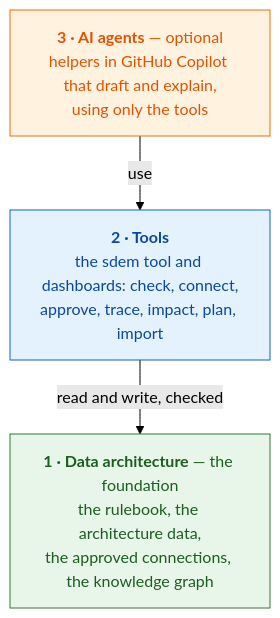
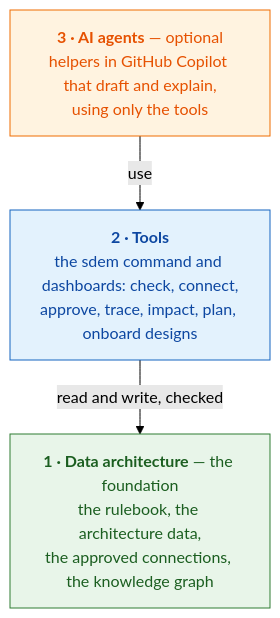
One commit to taumoeps/bian-sdem-framework changed the second of 9 diagrams in README.md. Above: the diagram before and after it, drawn with Mermaid (forest theme). The commit also changed other lines of this file and 26 other files, not shown here.

````diff
--- a/README.md
+++ b/README.md
@@ -53,14 +42,14 @@
 ```mermaid
 flowchart TB
     L3["<b>3 · AI agents</b> — optional<br/>helpers in GitHub Copilot that draft and explain,<br/>using only the tools"]
-    L2["<b>2 · Tools</b><br/>the sdem tool and dashboards: check, connect,<br/>approve, trace, impact, plan, import"]
+    L2["<b>2 · Tools</b><br/>the sdem command and dashboards: check, connect,<br/>approve, trace, impact, plan, onboard designs"]
     L1["<b>1 · Data architecture</b> — the foundation<br/>the rulebook, the architecture data,<br/>the approved connections, the knowledge graph"]
     L3 -->|"use"| L2
     L2 -->|"read and write, checked"| L1
     classDef l1 fill:#E8F5E9,stroke:#2E7D32,color:#1B5E20
     classDef l2 fill:#E3F2FD,stroke:#1565C0,color:#0D47A1
     classDef l3 fill:#FFF3E0,stroke:#EF6C00,color:#E65100
     class L1 l1
     class L2 l2
     class L3 l3
 ```
````
